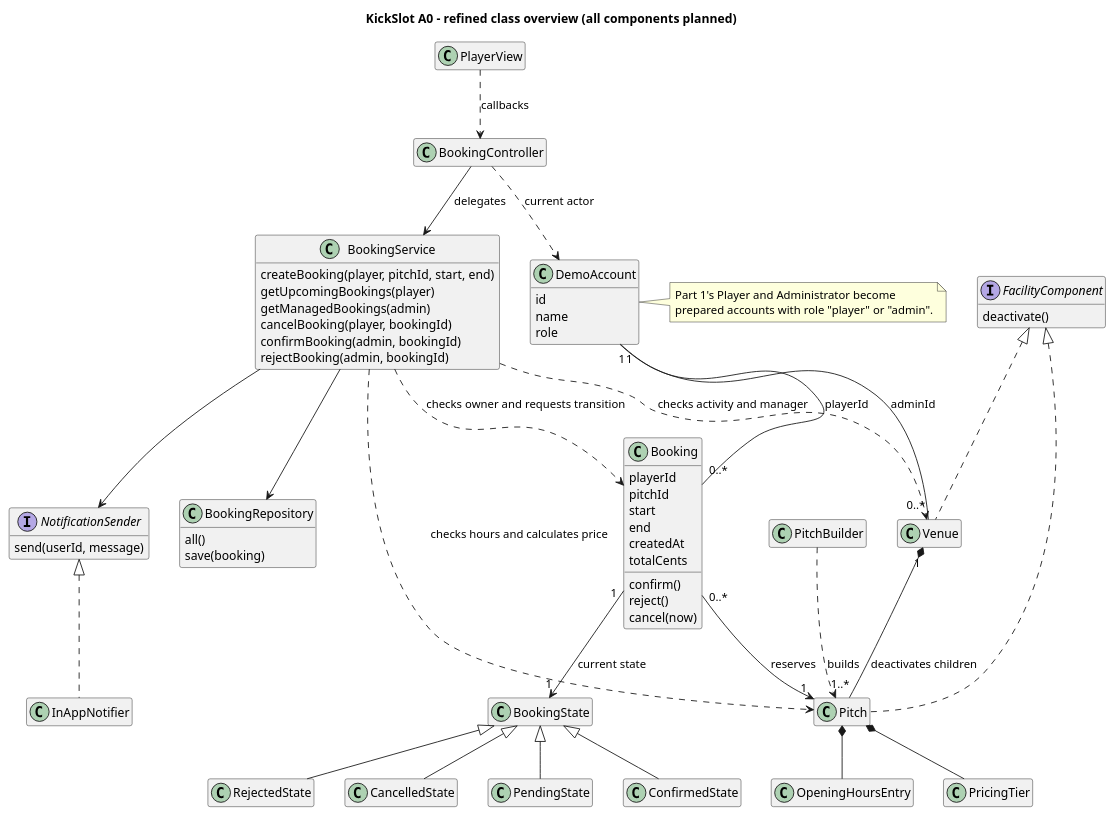
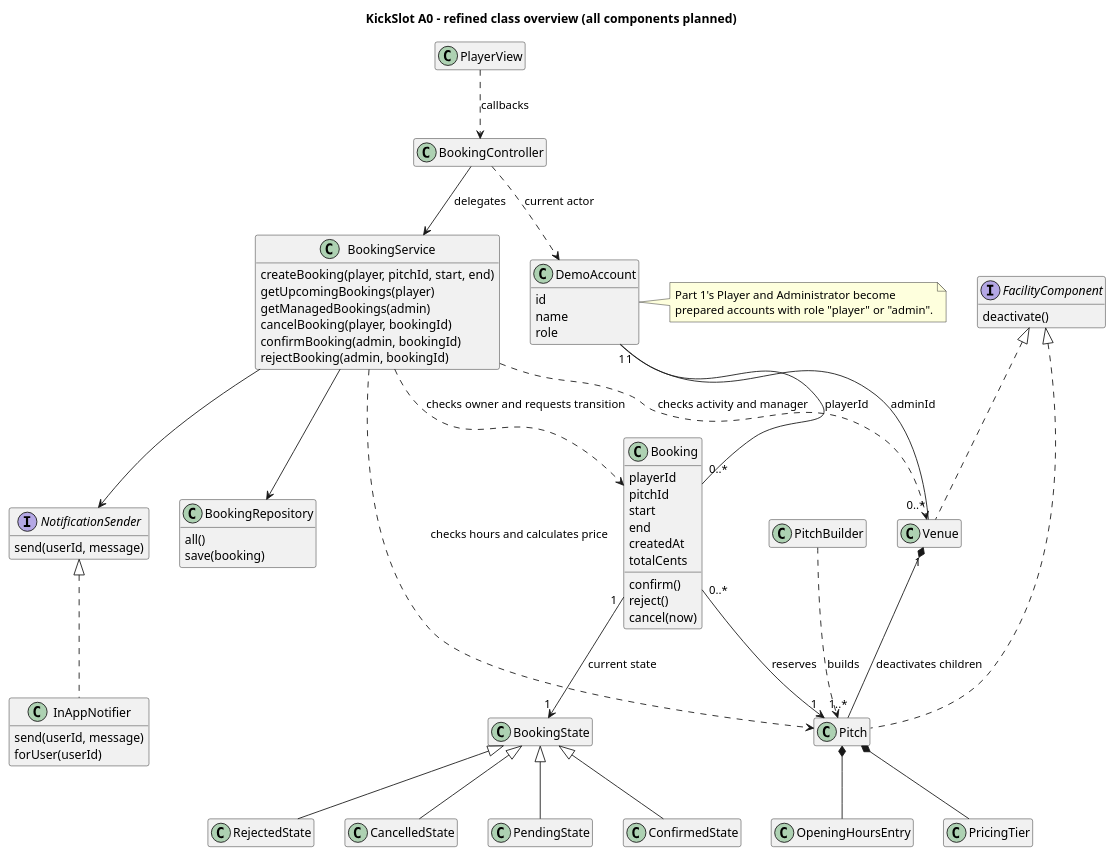
The diagram in diagrams/Part 2/class-diagram.puml (AnidMehmeti/KickSlot), drawn with PlantUML before and after one commit. The commit also changed 8 other files, not shown here.

```diff
--- a/diagrams/Part 2/class-diagram.puml
+++ b/diagrams/Part 2/class-diagram.puml
@@ -1,70 +1,74 @@
 @startuml
 title KickSlot A0 - refined class overview (all components planned)
 hide empty members
 skinparam classAttributeIconSize 0
 
 class DemoAccount {
   id
   name
   role
 }
 note right of DemoAccount
   Part 1's Player and Administrator become
   prepared accounts with role "player" or "admin".
 end note
 
 class BookingService {
   createBooking(player, pitchId, start, end)
   getUpcomingBookings(player)
   getManagedBookings(admin)
   cancelBooking(player, bookingId)
   confirmBooking(admin, bookingId)
   rejectBooking(admin, bookingId)
 }
 class Booking {
   playerId
   pitchId
   start
   end
   createdAt
   totalCents
   confirm()
   reject()
   cancel(now)
 }
 class BookingRepository {
   all()
   save(booking)
 }
 PlayerView ..> BookingController : callbacks
 BookingController ..> DemoAccount : current actor
 BookingController --> BookingService : delegates
 BookingService --> BookingRepository
 BookingService ..> Booking : checks owner and requests transition
 Booking "1" --> "1" BookingState : current state
 BookingState <|-- PendingState
 BookingState <|-- ConfirmedState
 BookingState <|-- RejectedState
 BookingState <|-- CancelledState
 
 interface NotificationSender {
   send(userId, message)
 }
+class InAppNotifier {
+  send(userId, message)
+  forUser(userId)
+}
 BookingService --> NotificationSender
 NotificationSender <|.. InAppNotifier
 
 interface FacilityComponent {
   deactivate()
 }
 FacilityComponent <|.. Venue
 FacilityComponent <|.. Pitch
 Venue "1" *-- "1..*" Pitch : deactivates children
 PitchBuilder ..> Pitch : builds
 Pitch *-- OpeningHoursEntry
 Pitch *-- PricingTier
 BookingService ..> Pitch : checks hours and calculates price
 BookingService ..> Venue : checks activity and manager
 Booking "0..*" --> "1" Pitch : reserves
 DemoAccount "1" -- "0..*" Booking : playerId
 DemoAccount "1" -- "0..*" Venue : adminId
 @enduml
```
